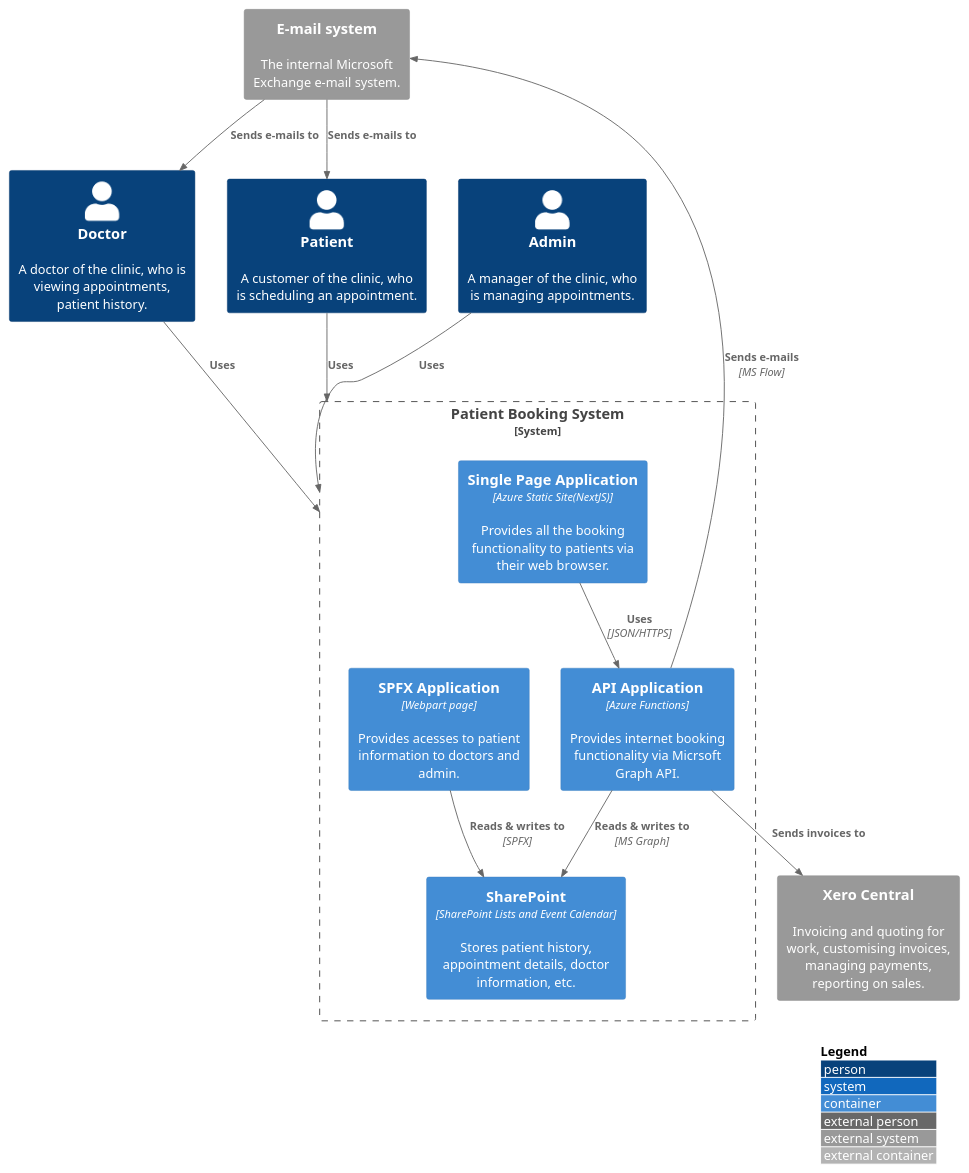
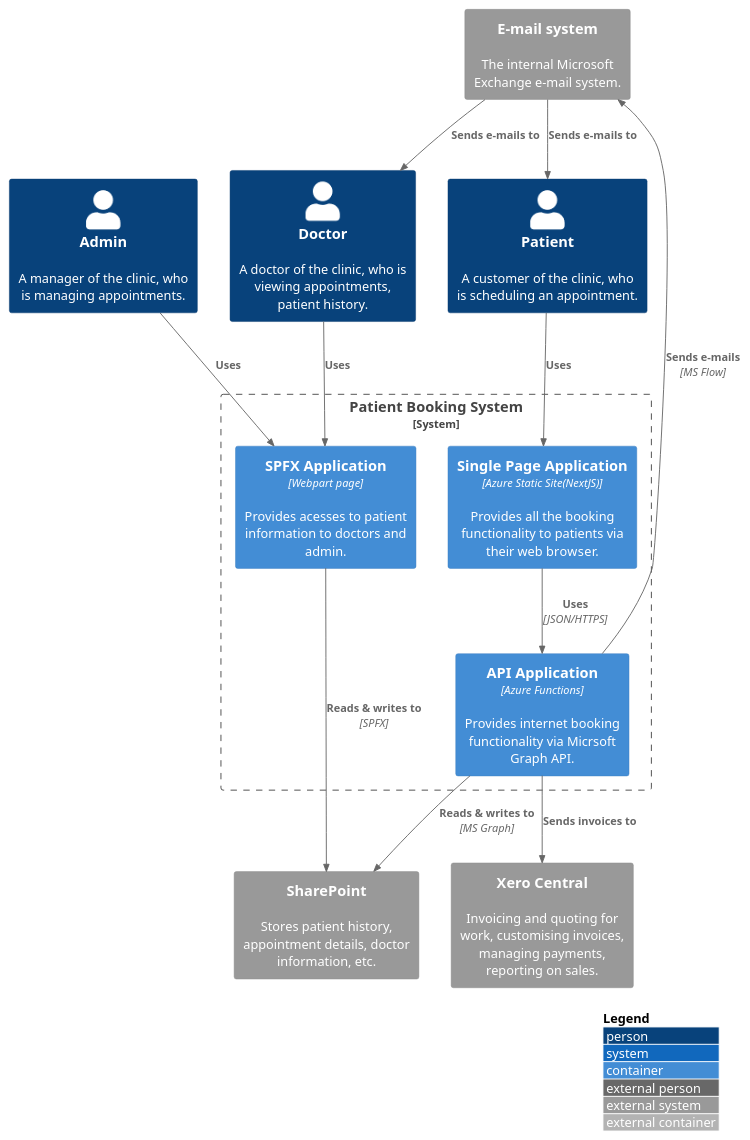
One commit to chan4lk/c4model-patient-booking-system changed the diagram in src/1 Patient Booking System/system.puml. Above: the diagram before and after it, drawn with PlantUML. The commit also changed 1 other file, not shown here.

```diff
--- a/src/1 Patient Booking System/system.puml
+++ b/src/1 Patient Booking System/system.puml
@@ -1,30 +1,30 @@
 @startuml
 !include https://raw.githubusercontent.com/adrianvlupu/C4-PlantUML/latest/C4_Container.puml
 
 LAYOUT_WITH_LEGEND()
 
 Person(pbc, "Patient", "A customer of the clinic, who is scheduling an appointment.")
 Person(doc, "Doctor", "A doctor of the clinic, who is viewing appointments, patient history.")
 Person(admin, "Admin", "A manager of the clinic, who is managing appointments.")
 System_Ext(es, "E-mail system", "The internal Microsoft Exchange e-mail system.")
 System_Ext(xero, "Xero Central", "Invoicing and quoting for work, customising invoices, managing payments, reporting on sales.")
+System_Ext(db, "SharePoint", "Stores patient history, appointment details, doctor information, etc.")
 System_Boundary(pbs, "Patient Booking System") {    
     Container(spa, "Single Page Application", "Azure Static Site(NextJS)", "Provides all the booking functionality to patients via their web browser.")
-    Container(db, "SharePoint", "SharePoint Lists and Event Calendar", "Stores patient history, appointment details, doctor information, etc.")
     Container(api, "API Application", "Azure Functions", "Provides internet booking functionality via Micrsoft Graph API.")
     Container(spfx, "SPFX Application", "Webpart page", "Provides acesses to patient information to doctors and admin.")
 
     Rel(api, es, "Sends e-mails", "MS Flow")
     Rel(api, db, "Reads & writes to", "MS Graph")
     Rel(spa, api, "Uses", "JSON/HTTPS")
     Rel(spfx, db, "Reads & writes to", "SPFX")
 
 }
 
-Rel(pbc, pbs, "Uses")
-Rel(doc, pbs, "Uses")
-Rel(admin, pbs, "Uses")
+Rel(pbc, spa, "Uses")
+Rel(doc, spfx, "Uses")
+Rel(admin, spfx, "Uses")
 Rel(es, pbc, "Sends e-mails to")
 Rel(es, doc, "Sends e-mails to")
 Rel(api, xero, "Sends invoices to")
 @enduml
```
